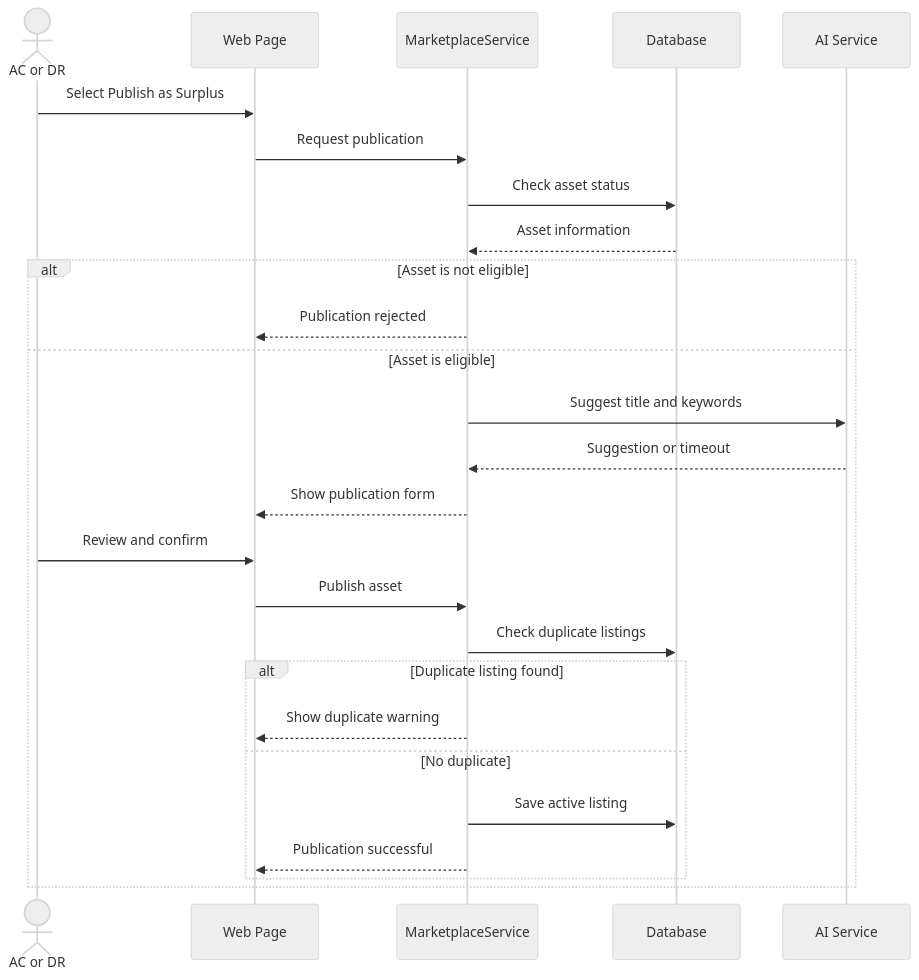
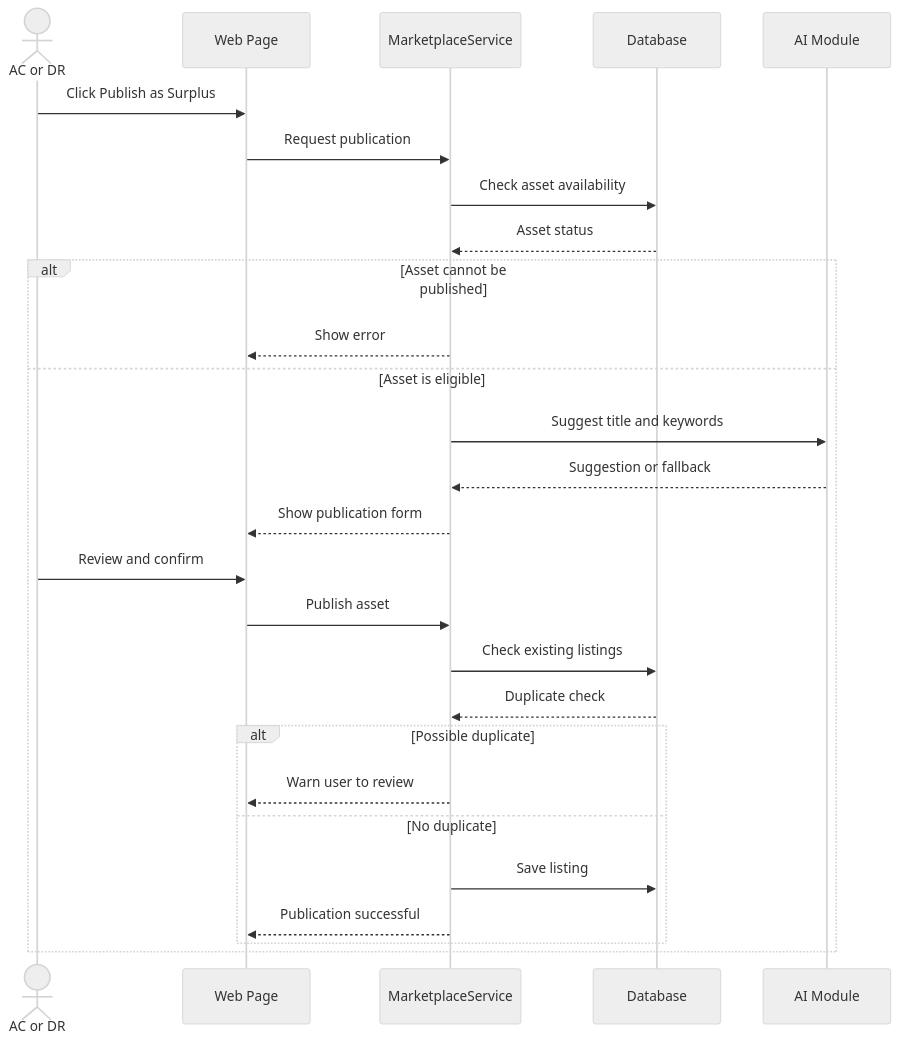
The third of 12 diagrams in phase 4-5/01_part1_assets_marketplace_requests.md (Abdulla66541/COSC336-GROUP5), drawn with Mermaid (neutral theme) before and after one commit. The commit also changed other lines of this file, not shown here.

First line of the commit message:
Revise asset marketplace use case documentation

````diff
--- a/phase 4-5/01_part1_assets_marketplace_requests.md
+++ b/phase 4-5/01_part1_assets_marketplace_requests.md
@@ -281,31 +133,32 @@
 ```mermaid
 sequenceDiagram
     actor U as AC or DR
     participant UI as Web Page
     participant S as MarketplaceService
     participant DB as Database
-    participant AI as AI Service
+    participant AI as AI Module
 
-    U->>UI: Select Publish as Surplus
+    U->>UI: Click Publish as Surplus
     UI->>S: Request publication
-    S->>DB: Check asset status
-    DB-->>S: Asset information
+    S->>DB: Check asset availability
+    DB-->>S: Asset status
 
-    alt Asset is not eligible
-        S-->>UI: Publication rejected
+    alt Asset cannot be published
+        S-->>UI: Show error
     else Asset is eligible
         S->>AI: Suggest title and keywords
-        AI-->>S: Suggestion or timeout
+        AI-->>S: Suggestion or fallback
         S-->>UI: Show publication form
         U->>UI: Review and confirm
         UI->>S: Publish asset
-        S->>DB: Check duplicate listings
+        S->>DB: Check existing listings
+        DB-->>S: Duplicate check
 
-        alt Duplicate listing found
-            S-->>UI: Show duplicate warning
+        alt Possible duplicate
+            S-->>UI: Warn user to review
         else No duplicate
-            S->>DB: Save active listing
+            S->>DB: Save listing
             S-->>UI: Publication successful
         end
     end
 ```
````
